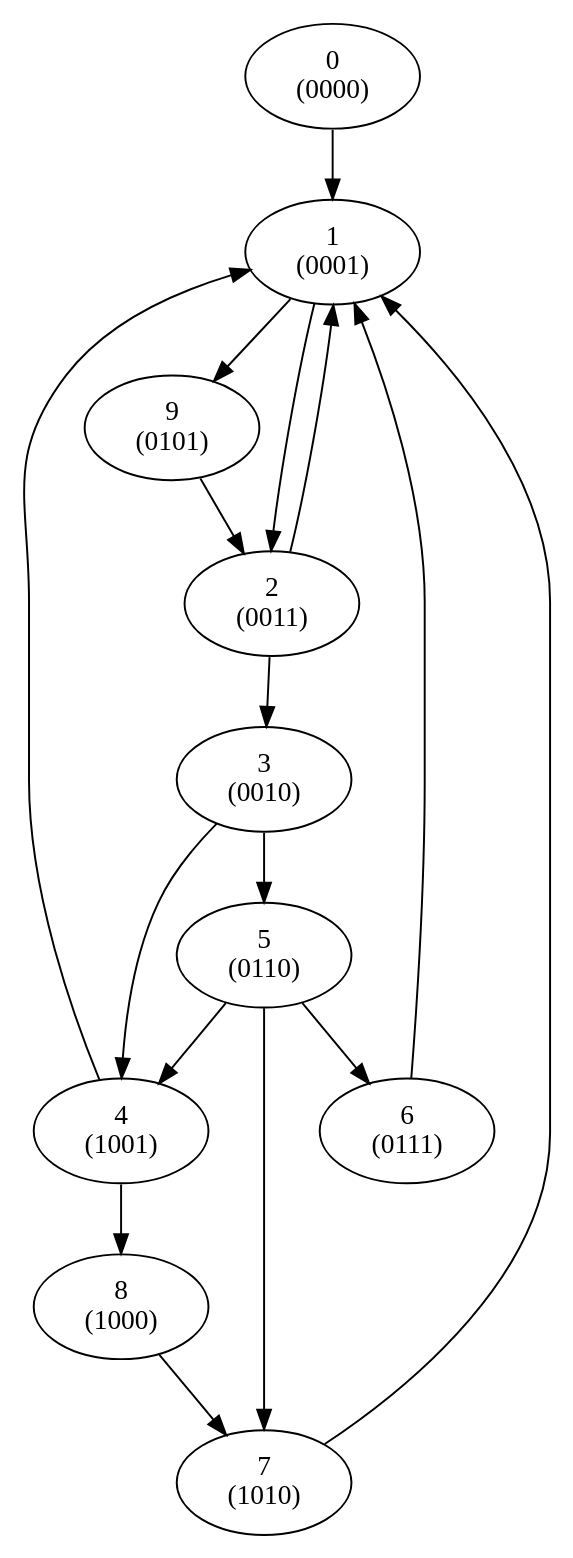
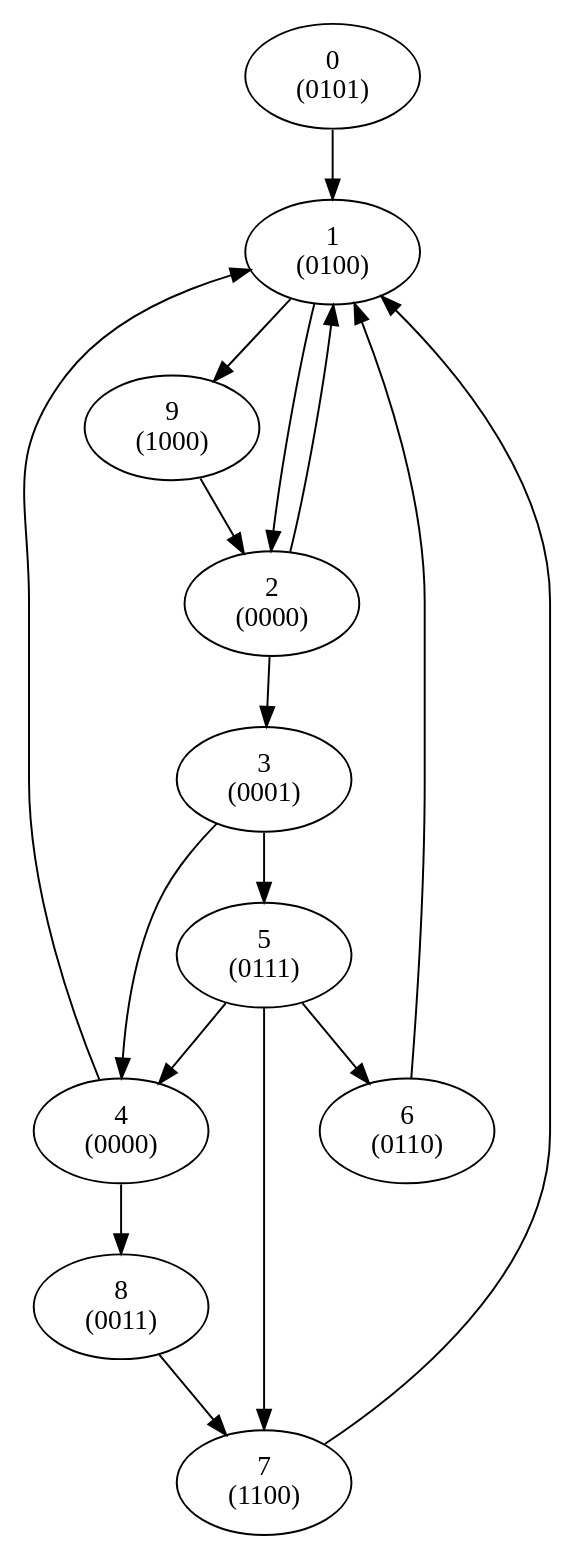
Before and after one commit to abemac/verilog-to-fsm: the diagram in state_encoding/yuan_alg/run/BFS.dot, drawn with Graphviz. The commit also changed 6 other files, not shown here.

```diff
--- a/state_encoding/yuan_alg/run/BFS.dot
+++ b/state_encoding/yuan_alg/run/BFS.dot
@@ -1,18 +1,18 @@
 digraph fsm {
-"0\n(0000)" -> "1\n(0001)";
-"1\n(0001)" -> "2\n(0011)";
-"1\n(0001)" -> "9\n(0101)";
-"2\n(0011)" -> "1\n(0001)";
-"2\n(0011)" -> "3\n(0010)";
-"3\n(0010)" -> "5\n(0110)";
-"3\n(0010)" -> "4\n(1001)";
-"4\n(1001)" -> "1\n(0001)";
-"4\n(1001)" -> "8\n(1000)";
-"5\n(0110)" -> "4\n(1001)";
-"5\n(0110)" -> "7\n(1010)";
-"5\n(0110)" -> "6\n(0111)";
-"6\n(0111)" -> "1\n(0001)";
-"7\n(1010)" -> "1\n(0001)";
-"8\n(1000)" -> "7\n(1010)";
-"9\n(0101)" -> "2\n(0011)";
+"0\n(0101)" -> "1\n(0100)";
+"1\n(0100)" -> "2\n(0000)";
+"1\n(0100)" -> "9\n(1000)";
+"2\n(0000)" -> "1\n(0100)";
+"2\n(0000)" -> "3\n(0001)";
+"3\n(0001)" -> "5\n(0111)";
+"3\n(0001)" -> "4\n(0000)";
+"4\n(0000)" -> "1\n(0100)";
+"4\n(0000)" -> "8\n(0011)";
+"5\n(0111)" -> "4\n(0000)";
+"5\n(0111)" -> "7\n(1100)";
+"5\n(0111)" -> "6\n(0110)";
+"6\n(0110)" -> "1\n(0100)";
+"7\n(1100)" -> "1\n(0100)";
+"8\n(0011)" -> "7\n(1100)";
+"9\n(1000)" -> "2\n(0000)";
 }
```
